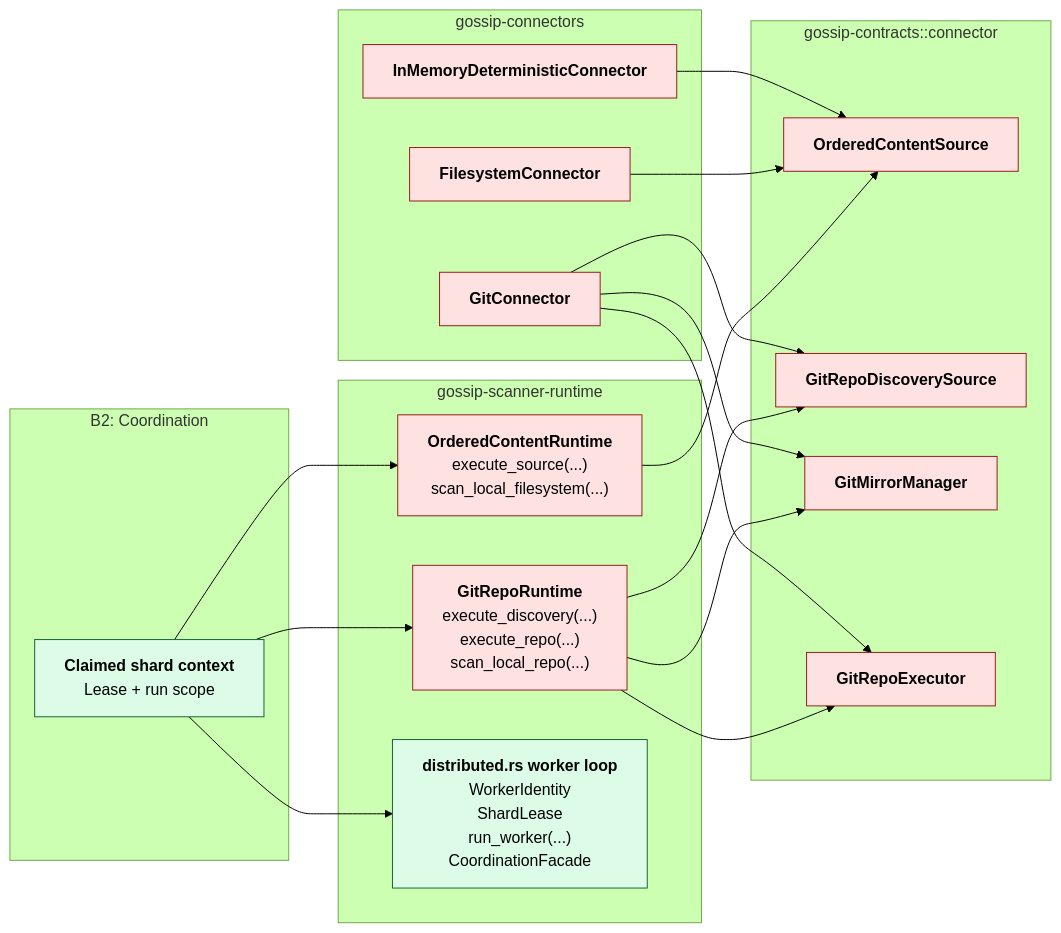
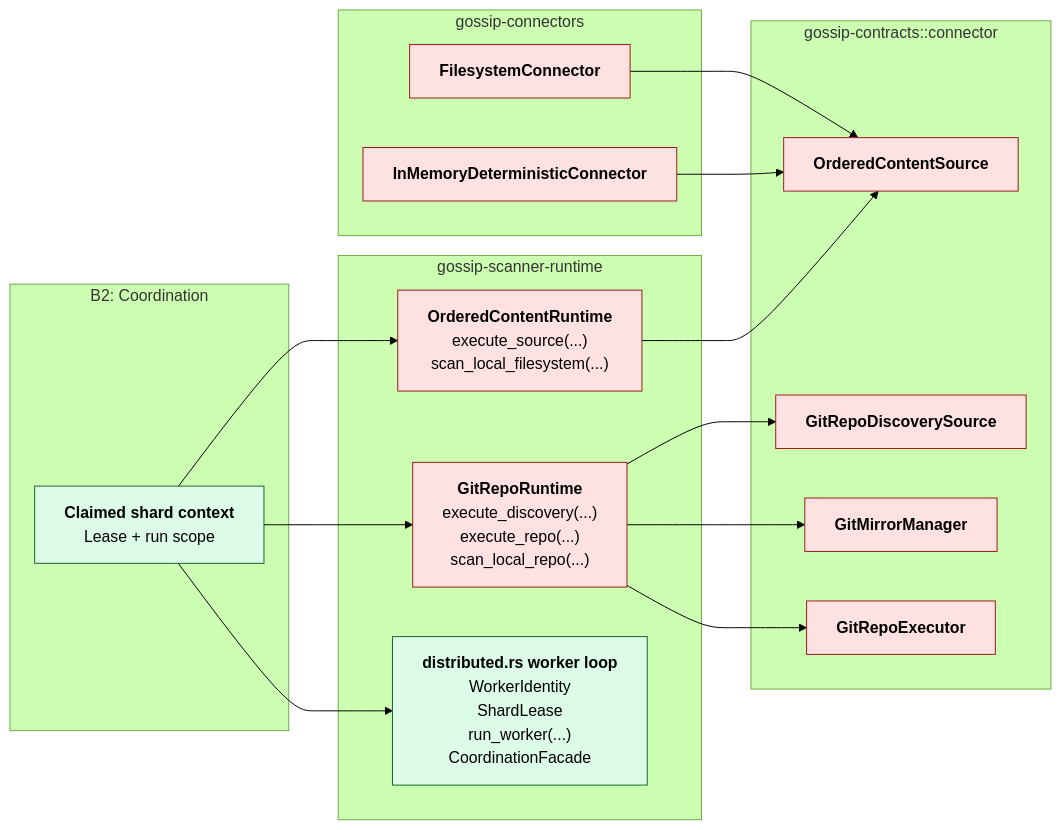
One commit to ahrav/Gossip-rs changed the third of 4 diagrams in diagrams/14-connector-architecture.md. Above: the diagram before and after it, drawn with Mermaid (forest theme). The commit also changed other lines of this file and 8 other files, not shown here.

Commit message:
Remove GitConnector from architecture documentation

````diff
--- a/diagrams/14-connector-architecture.md
+++ b/diagrams/14-connector-architecture.md
@@ -157,53 +153,48 @@
 ```mermaid
 %% Diagram: connector-runtime-family-bridge
 graph LR
     subgraph Coordination["B2: Coordination"]
         CLAIM["<b>Claimed shard context</b><br/>Lease + run scope"]
     end
 
     subgraph Runtime["gossip-scanner-runtime"]
         OCR["<b>OrderedContentRuntime</b><br/>execute_source(...)<br/>scan_local_filesystem(...)"]
         GRR["<b>GitRepoRuntime</b><br/>execute_discovery(...)<br/>execute_repo(...)<br/>scan_local_repo(...)"]
         DRT["<b>distributed.rs worker loop</b><br/>WorkerIdentity<br/>ShardLease<br/>run_worker(...)<br/>CoordinationFacade"]
     end
 
     subgraph Contracts["gossip-contracts::connector"]
         OCS["<b>OrderedContentSource</b>"]
         GDS["<b>GitRepoDiscoverySource</b>"]
         GMM["<b>GitMirrorManager</b>"]
         GRE["<b>GitRepoExecutor</b>"]
     end
 
     subgraph Sources["gossip-connectors"]
         FSC["<b>FilesystemConnector</b>"]
-        GTC["<b>GitConnector</b>"]
         IMC["<b>InMemoryDeterministicConnector</b>"]
     end
 
     CLAIM --> OCR
     CLAIM --> GRR
     CLAIM --> DRT
 
     OCR --> OCS
     GRR --> GDS
     GRR --> GMM
     GRR --> GRE
 
     FSC --> OCS
     IMC --> OCS
-    GTC --> GDS
-    GTC --> GMM
-    GTC --> GRE
 
     style CLAIM fill:#DCFCE7,stroke:#166534
     style OCR fill:#FEE2E2,stroke:#991B1B
     style GRR fill:#FEE2E2,stroke:#991B1B
     style DRT fill:#DCFCE7,stroke:#166534
     style OCS fill:#FEE2E2,stroke:#991B1B
     style GDS fill:#FEE2E2,stroke:#991B1B
     style GMM fill:#FEE2E2,stroke:#991B1B
     style GRE fill:#FEE2E2,stroke:#991B1B
     style FSC fill:#FEE2E2,stroke:#991B1B
-    style GTC fill:#FEE2E2,stroke:#991B1B
     style IMC fill:#FEE2E2,stroke:#991B1B
 ```
````
